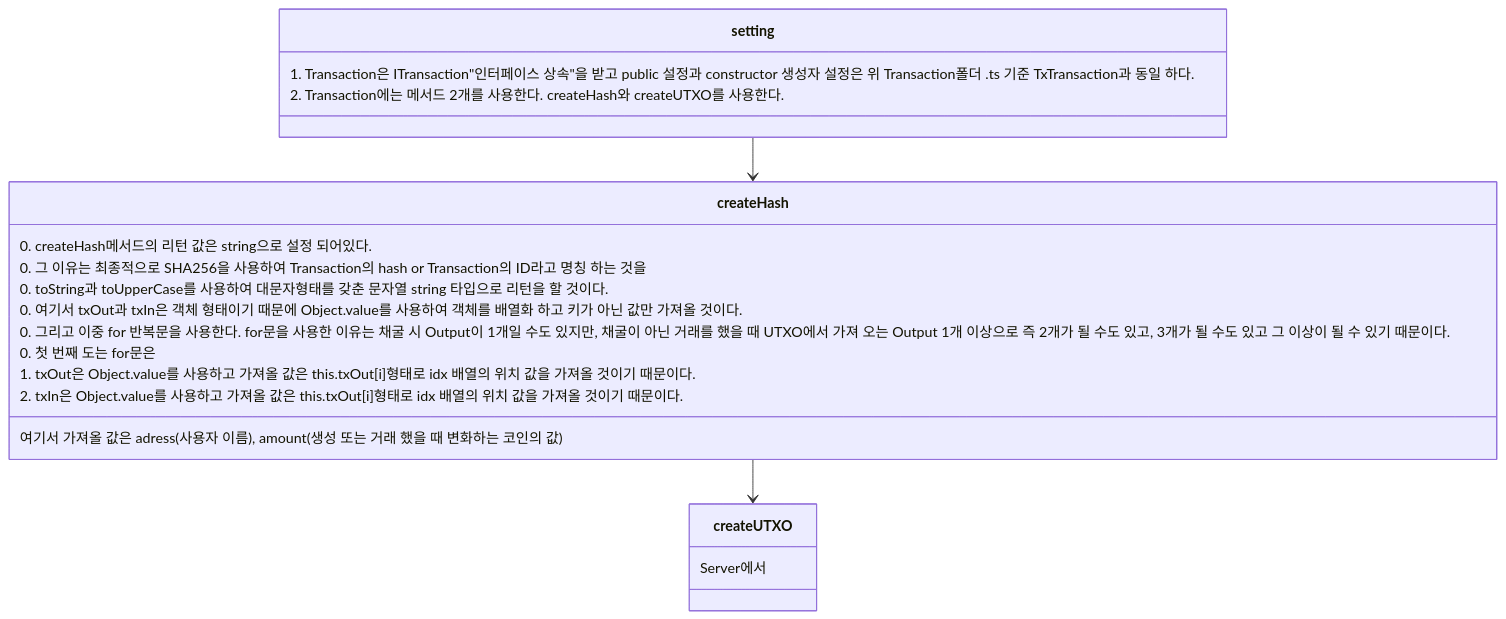
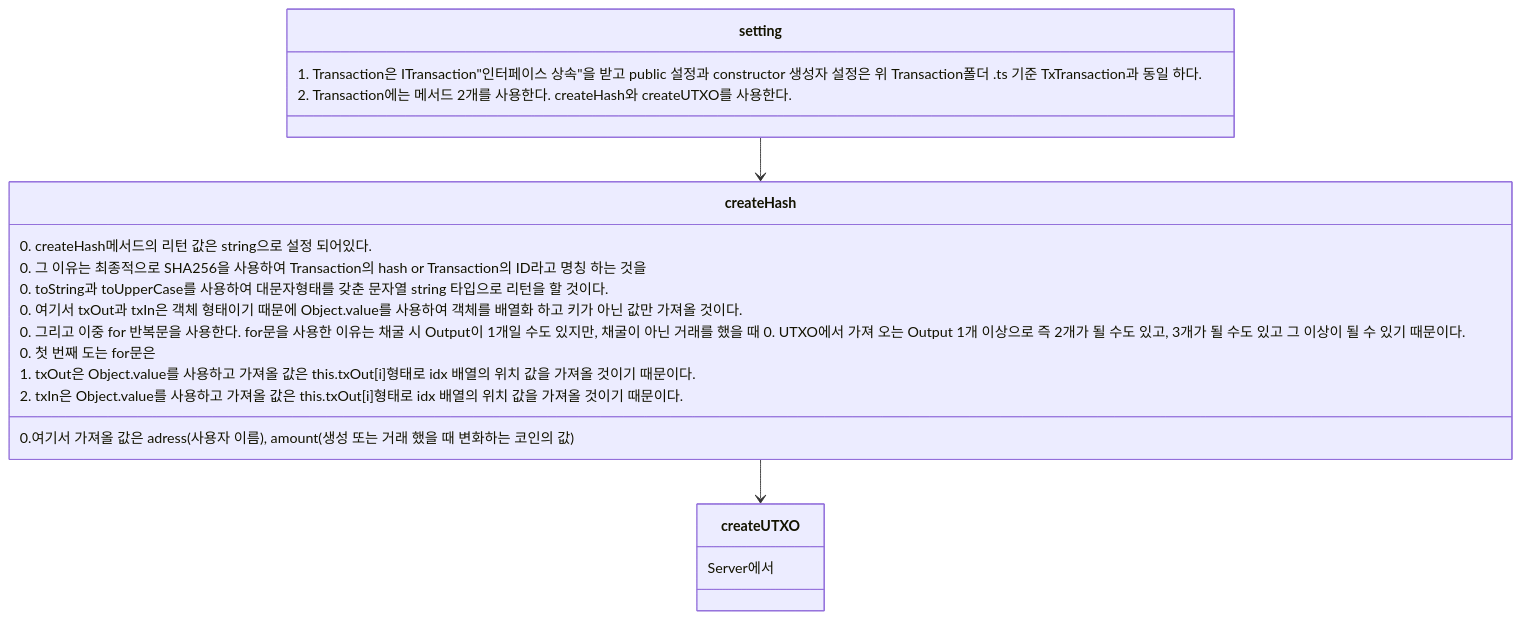
One commit to HGWA333/Block changed the third of 5 diagrams in chain/block020/block/ReadMe.md. Above: the diagram before and after it, drawn with Mermaid.

````diff
--- a/chain/block020/block/ReadMe.md
+++ b/chain/block020/block/ReadMe.md
@@ -107,27 +107,27 @@
 ```mermaid
 classDiagram
 setting --> createHash
 createHash --> createUTXO
 class setting{
  1. Transaction은 ITransaction"인터페이스 상속"을 받고 public 설정과 constructor 생성자 설정은 위 Transaction폴더 .ts 기준 TxTransaction과 동일 하다.
  2. Transaction에는 메서드 2개를 사용한다. createHash와 createUTXO를 사용한다.
 }
 class createHash{
   0. createHash메서드의 리턴 값은 string으로 설정 되어있다.
   0. 그 이유는 최종적으로 SHA256을 사용하여 Transaction의 hash or Transaction의 ID라고 명칭 하는 것을
   0. toString과 toUpperCase를 사용하여 대문자형태를 갖춘 문자열 string 타입으로 리턴을 할 것이다.
   0. 여기서 txOut과 txIn은 객체 형태이기 때문에 Object.value를 사용하여 객체를 배열화 하고 키가 아닌 값만 가져올 것이다.
-  여기서 가져올 값은 adress(사용자 이름), amount(생성 또는 거래 했을 때 변화하는 코인의 값)
+  0.여기서 가져올 값은 adress(사용자 이름), amount(생성 또는 거래 했을 때 변화하는 코인의 값)
 
-  0. 그리고 이중 for 반복문을 사용한다. for문을 사용한 이유는 채굴 시 Output이 1개일 수도 있지만, 채굴이 아닌 거래를 했을 때 UTXO에서 가져 오는 Output 1개 이상으로 즉 2개가 될 수도 있고, 3개가 될 수도 있고 그 이상이 될 수 있기 때문이다.
+  0. 그리고 이중 for 반복문을 사용한다. for문을 사용한 이유는 채굴 시 Output이 1개일 수도 있지만, 채굴이 아닌 거래를 했을 때 0. UTXO에서 가져 오는 Output 1개 이상으로 즉 2개가 될 수도 있고, 3개가 될 수도 있고 그 이상이 될 수 있기 때문이다.
   0. 첫 번째 도는 for문은
 
   1. txOut은 Object.value를 사용하고 가져올 값은 this.txOut[i]형태로 idx 배열의 위치 값을 가져올 것이기 때문이다.
 
   2. txIn은 Object.value를 사용하고 가져올 값은 this.txOut[i]형태로 idx 배열의 위치 값을 가져올 것이기 때문이다.
 }
 class createUTXO{
  Server에서
 }
 
 ```
````
